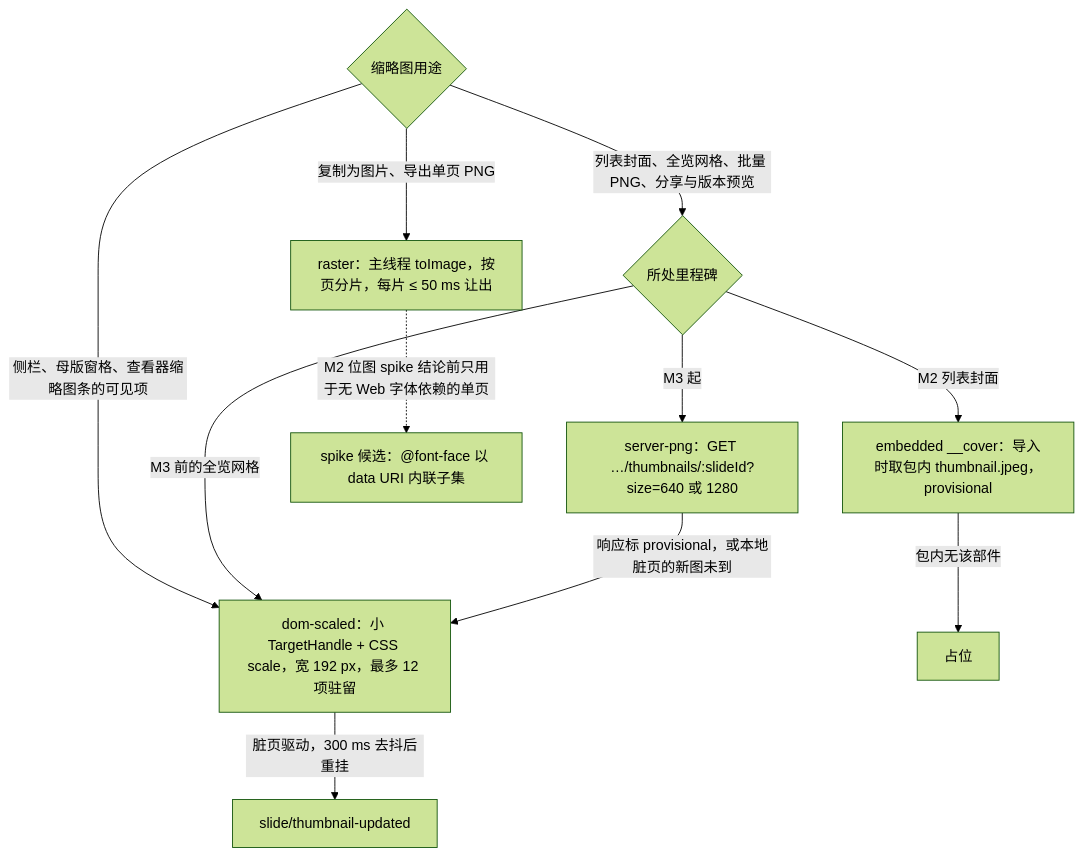
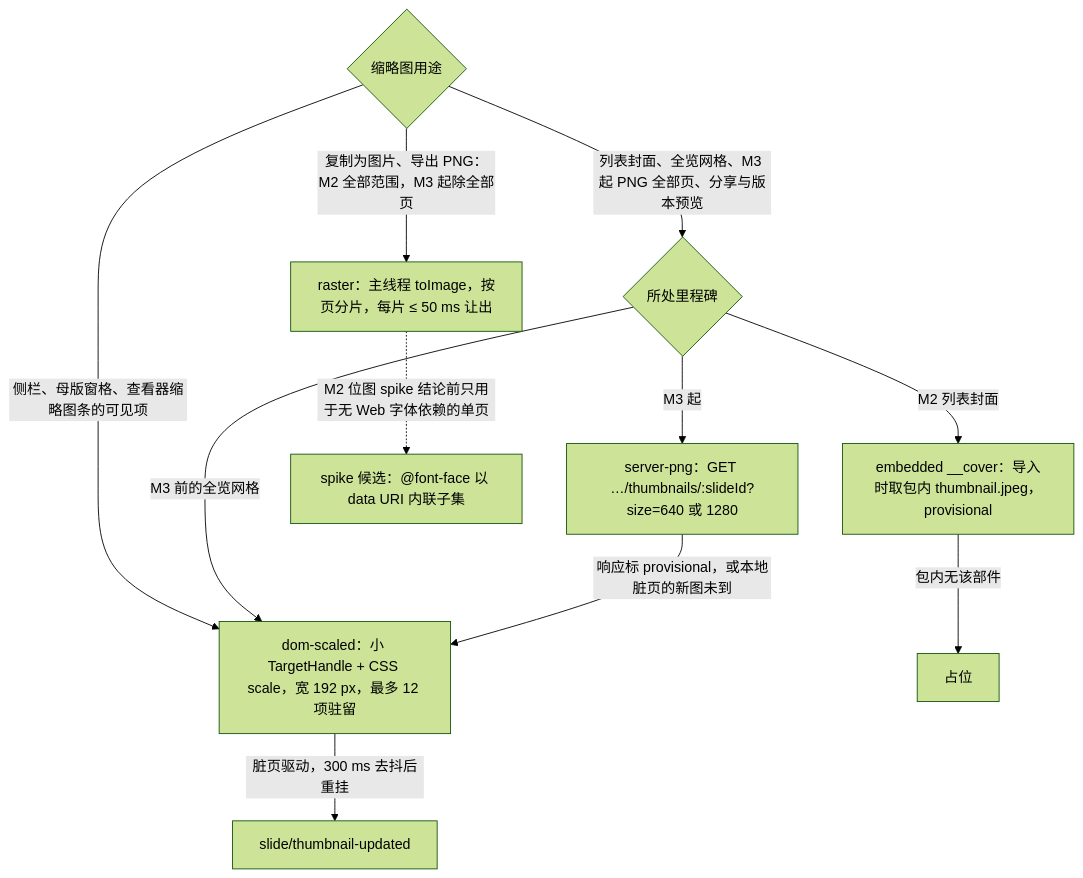
Before and after one commit to Xeonice/cordis-ppt-editor: diagram 11 of 13 in docs/50-frontend/05-rendering-and-thumbnails.md, drawn with Mermaid (forest theme). The commit also changed other lines of this file and 25 other files, not shown here.

````diff
--- a/docs/50-frontend/05-rendering-and-thumbnails.md
+++ b/docs/50-frontend/05-rendering-and-thumbnails.md
@@ -581,14 +582,14 @@
 ```mermaid
 flowchart TB
   need{"缩略图用途"}
   need -- "侧栏、母版窗格、查看器缩略图条的可见项" --> ds["dom-scaled：小 TargetHandle + CSS scale，宽 192 px，最多 12 项驻留"]
-  need -- "复制为图片、导出单页 PNG" --> raster["raster：主线程 toImage，按页分片，每片 ≤ 50 ms 让出"]
-  need -- "列表封面、全览网格、批量 PNG、分享与版本预览" --> ms{"所处里程碑"}
+  need -- "复制为图片、导出 PNG：M2 全部范围，M3 起除全部页" --> raster["raster：主线程 toImage，按页分片，每片 ≤ 50 ms 让出"]
+  need -- "列表封面、全览网格、M3 起 PNG 全部页、分享与版本预览" --> ms{"所处里程碑"}
   ms -- "M3 前的全览网格" --> ds
   ms -- "M2 列表封面" --> emb["embedded __cover：导入时取包内 thumbnail.jpeg，provisional"]
   ms -- "M3 起" --> sp["server-png：GET …/thumbnails/:slideId?size=640 或 1280"]
   emb -- "包内无该部件" --> ph["占位"]
   sp -- "响应标 provisional，或本地脏页的新图未到" --> ds
   ds -- "脏页驱动，300 ms 去抖后重挂" --> upd["slide/thumbnail-updated"]
   raster -. "M2 位图 spike 结论前只用于无 Web 字体依赖的单页" .-> spike["spike 候选：@font-face 以 data URI 内联子集"]
 ```
````
